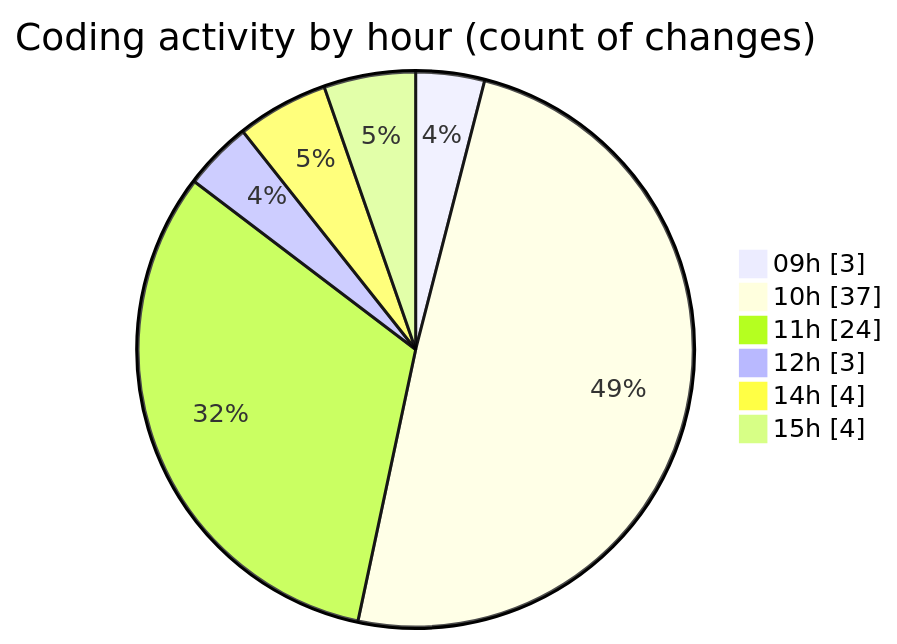
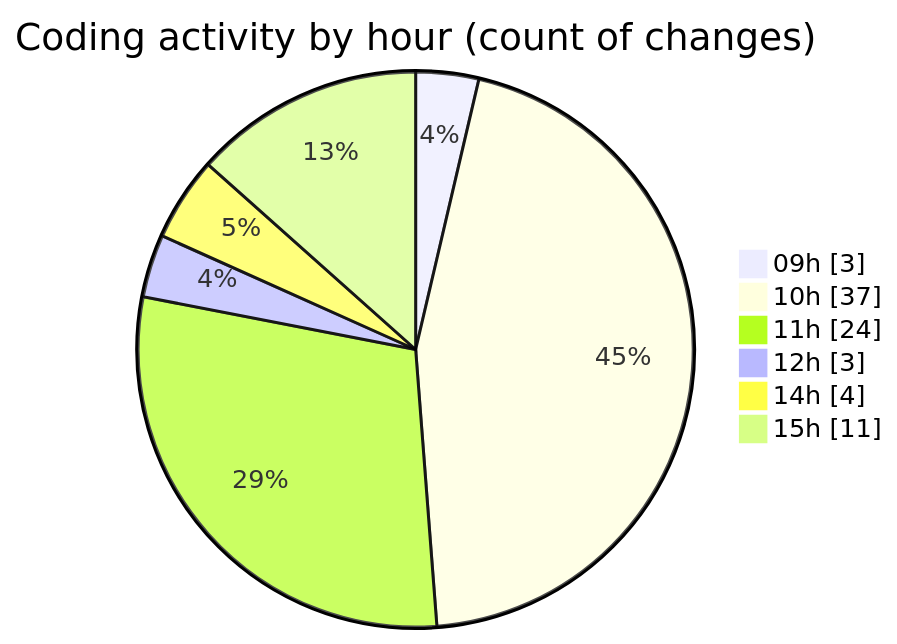
One commit to CELIANVF/code-tracking changed the second of 2 diagrams in 2025-05-02/ecodeli/README.md. Above: the diagram before and after it, drawn with Mermaid. The commit also changed other lines of this file and 1 other file, not shown here.

````diff
--- a/2025-05-02/ecodeli/README.md
+++ b/2025-05-02/ecodeli/README.md
@@ -61,10 +68,10 @@
 ```mermaid
 pie showData
 title Coding activity by hour (count of changes)
 "09h" : 3
 "10h" : 37
 "11h" : 24
 "12h" : 3
 "14h" : 4
-"15h" : 4
+"15h" : 11
 ```
````
